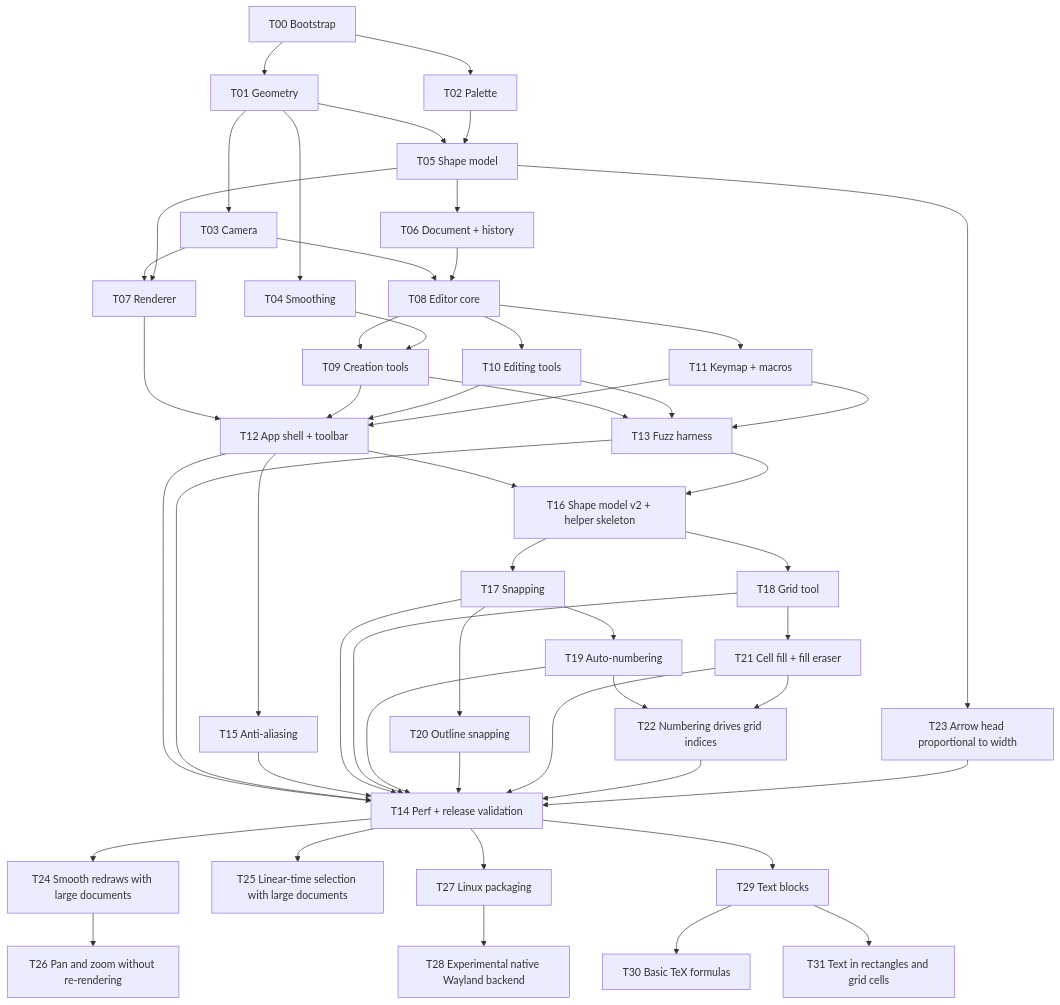
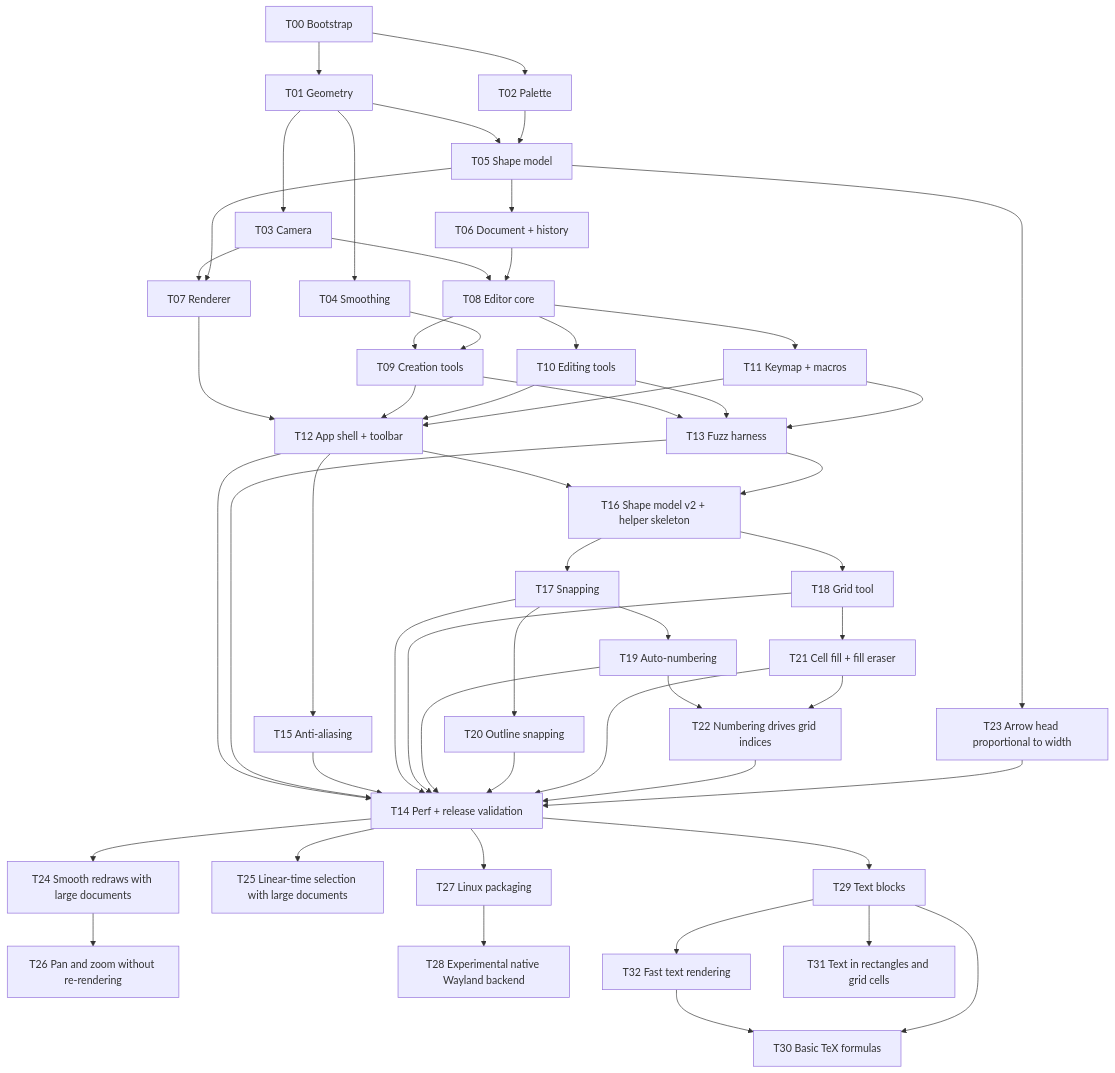
Before and after one commit to UmBender/draw: the diagram in docs/tasks/Task Board.md, drawn with Mermaid. The commit also changed other lines of this file and 5 other files, not shown here.

First line of the commit message:
docs: add T32 task note for fast text rendering

````diff
--- a/docs/tasks/Task Board.md
+++ b/docs/tasks/Task Board.md
@@ -12,54 +12,56 @@
 ```mermaid
 flowchart TD
   T00[T00 Bootstrap] --> T01[T01 Geometry]
   T00 --> T02[T02 Palette]
   T01 --> T03[T03 Camera]
   T01 --> T04[T04 Smoothing]
   T01 --> T05[T05 Shape model]
   T02 --> T05
   T05 --> T06[T06 Document + history]
   T03 --> T07[T07 Renderer]
   T05 --> T07
   T03 --> T08[T08 Editor core]
   T06 --> T08
   T08 --> T09[T09 Creation tools]
   T04 --> T09
   T08 --> T10[T10 Editing tools]
   T08 --> T11[T11 Keymap + macros]
   T07 --> T12[T12 App shell + toolbar]
   T09 --> T12
   T10 --> T12
   T11 --> T12
   T09 --> T13[T13 Fuzz harness]
   T10 --> T13
   T11 --> T13
   T12 --> T14[T14 Perf + release validation]
   T13 --> T14
   T12 --> T15[T15 Anti-aliasing]
   T12 --> T16[T16 Shape model v2 + helper skeleton]
   T13 --> T16
   T16 --> T17[T17 Snapping]
   T16 --> T18[T18 Grid tool]
   T17 --> T19[T19 Auto-numbering]
   T17 --> T20[T20 Outline snapping]
   T15 --> T14
   T17 --> T14
   T18 --> T14
   T19 --> T14
   T20 --> T14
   T18 --> T21[T21 Cell fill + fill eraser]
   T21 --> T14
   T19 --> T22[T22 Numbering drives grid indices]
   T21 --> T22
   T22 --> T14
   T05 --> T23[T23 Arrow head proportional to width]
   T23 --> T14
   T14 --> T24[T24 Smooth redraws with large documents]
   T14 --> T25[T25 Linear-time selection with large documents]
   T24 --> T26[T26 Pan and zoom without re-rendering]
   T14 --> T27[T27 Linux packaging]
   T27 --> T28[T28 Experimental native Wayland backend]
   T14 --> T29[T29 Text blocks]
-  T29 --> T30[T30 Basic TeX formulas]
+  T29 --> T32[T32 Fast text rendering]
+  T32 --> T30[T30 Basic TeX formulas]
+  T29 --> T30
   T29 --> T31[T31 Text in rectangles and grid cells]
 ```
````
